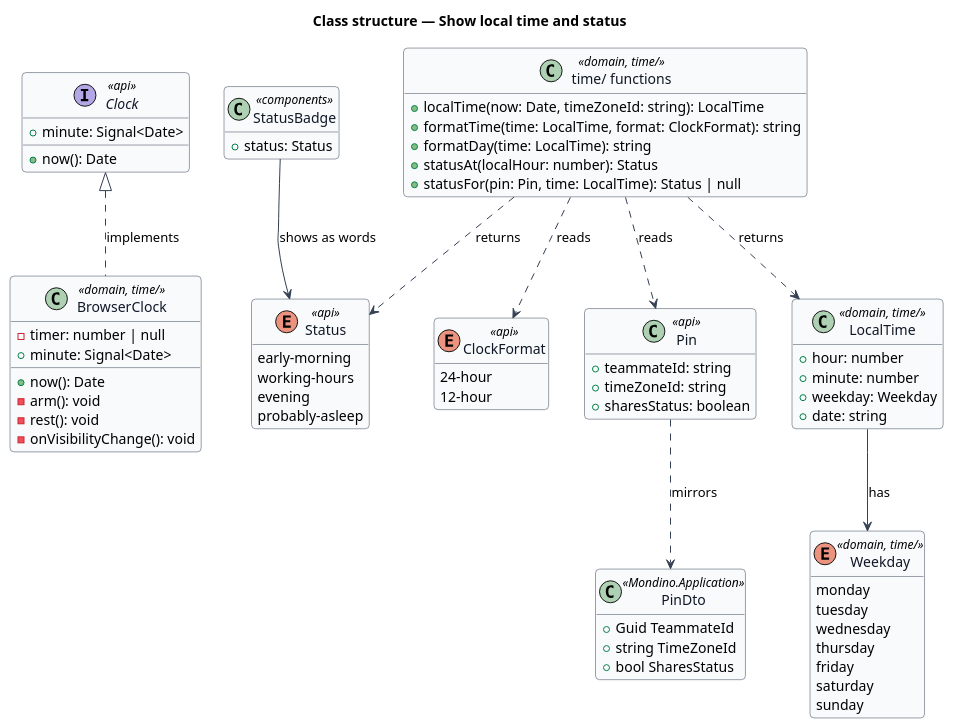
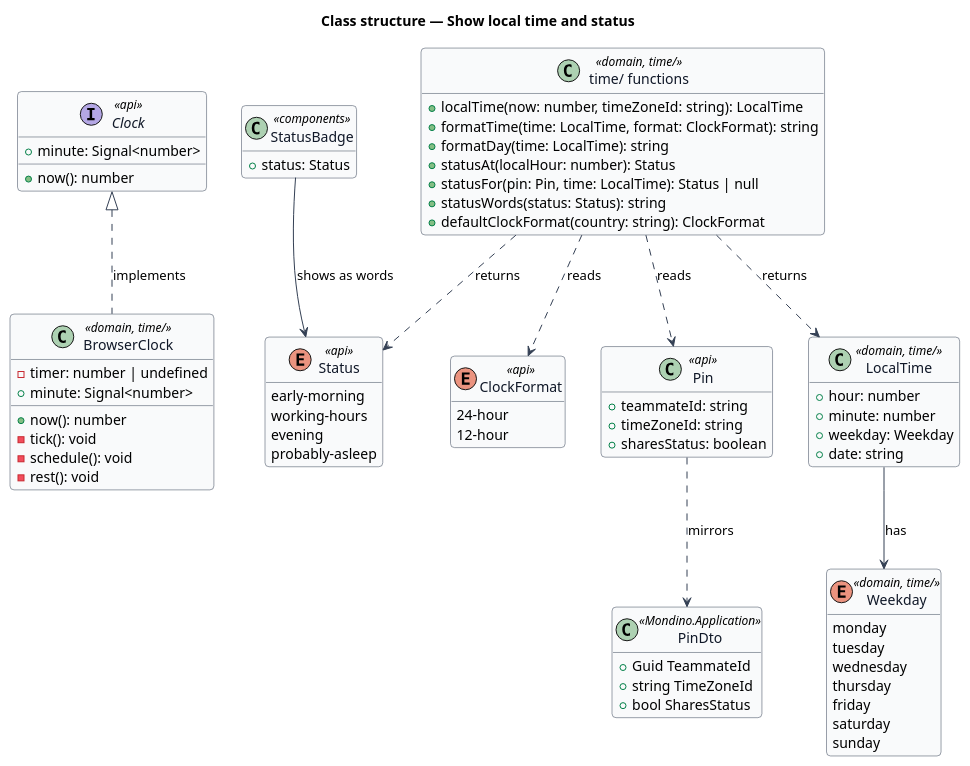
One commit to QuinntyneBrown/Mondino changed the diagram in docs/detailed-designs/time/show-local-time-and-status/diagrams/class-structure.puml. Above: the diagram before and after it, drawn with PlantUML. The commit also changed 3 other files, not shown here.

Commit message:
Align the local time and status design with the clock and pins built

```diff
--- a/docs/detailed-designs/time/show-local-time-and-status/diagrams/class-structure.puml
+++ b/docs/detailed-designs/time/show-local-time-and-status/diagrams/class-structure.puml
@@ -1,91 +1,93 @@
 @startuml
 skinparam backgroundColor #FFFFFF
 skinparam shadowing false
 skinparam roundcorner 8
 skinparam defaultFontName Arial
 skinparam ArrowColor #344054
 skinparam class {
   BorderColor #344054
   FontColor #101828
   BackgroundColor #F9FAFB
 }
 hide empty members
 title Class structure — Show local time and status
 
 
 interface Clock <<api>> {
-  +minute: Signal<Date>
-  +now(): Date
+  +minute: Signal<number>
+  +now(): number
 }
 
 class BrowserClock <<domain, time/>> {
-  -timer: number | null
-  +minute: Signal<Date>
-  +now(): Date
-  -arm(): void
+  -timer: number | undefined
+  +minute: Signal<number>
+  +now(): number
+  -tick(): void
+  -schedule(): void
   -rest(): void
-  -onVisibilityChange(): void
 }
 
 class "time/ functions" as TimeFns <<domain, time/>> {
-  +localTime(now: Date, timeZoneId: string): LocalTime
+  +localTime(now: number, timeZoneId: string): LocalTime
   +formatTime(time: LocalTime, format: ClockFormat): string
   +formatDay(time: LocalTime): string
   +statusAt(localHour: number): Status
   +statusFor(pin: Pin, time: LocalTime): Status | null
+  +statusWords(status: Status): string
+  +defaultClockFormat(country: string): ClockFormat
 }
 
 class LocalTime <<domain, time/>> {
   +hour: number
   +minute: number
   +weekday: Weekday
   +date: string
 }
 
 enum Weekday <<domain, time/>> {
   monday
   tuesday
   wednesday
   thursday
   friday
   saturday
   sunday
 }
 
 enum Status <<api>> {
   early-morning
   working-hours
   evening
   probably-asleep
 }
 
 enum ClockFormat <<api>> {
   24-hour
   12-hour
 }
 
 class Pin <<api>> {
   +teammateId: string
   +timeZoneId: string
   +sharesStatus: boolean
 }
 
 class PinDto <<Mondino.Application>> {
   +Guid TeammateId
   +string TimeZoneId
   +bool SharesStatus
 }
 
 class StatusBadge <<components>> {
   +status: Status
 }
 
 Clock <|.. BrowserClock : implements
 TimeFns ..> LocalTime : returns
 TimeFns ..> Status : returns
 TimeFns ..> ClockFormat : reads
 TimeFns ..> Pin : reads
 LocalTime --> Weekday : has
 StatusBadge --> Status : shows as words
 Pin ..> PinDto : mirrors
 @enduml
```
